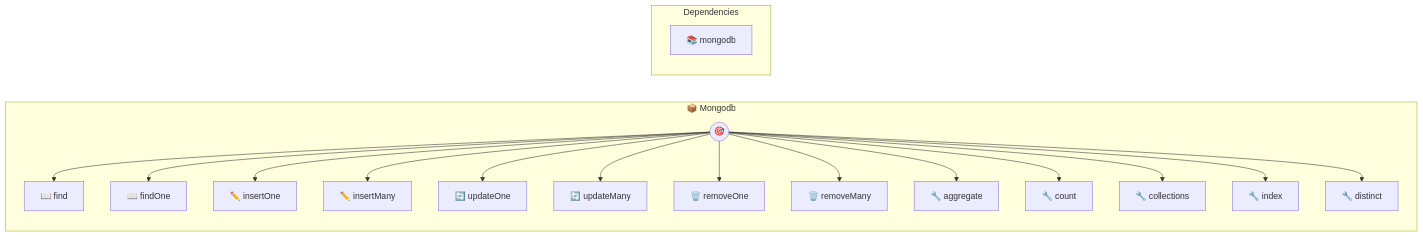
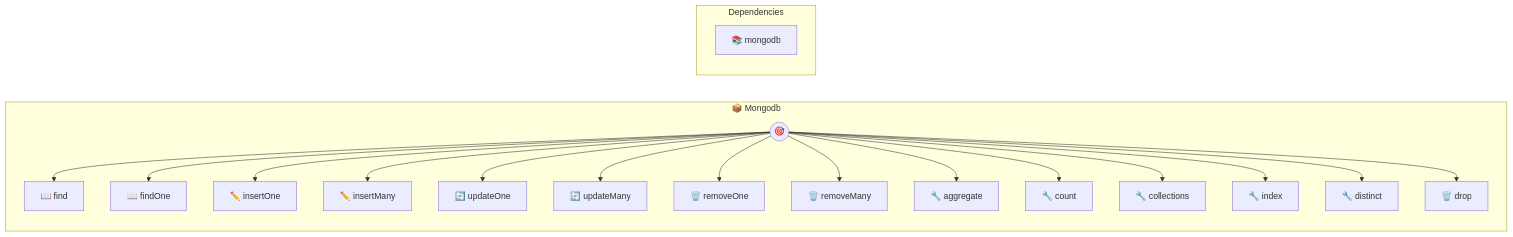
One commit to portel-dev/photons changed the diagram in mongodb.md. Above: the diagram before and after it, drawn with Mermaid. The commit also changed other lines of this file and 10 other files, not shown here.

````diff
--- a/mongodb.md
+++ b/mongodb.md
@@ -254,38 +265,40 @@
 ```mermaid
 flowchart LR
     subgraph mongodb["📦 Mongodb"]
         direction TB
         PHOTON((🎯))
         T0[📖 find]
         PHOTON --> T0
         T1[📖 findOne]
         PHOTON --> T1
         T2[✏️ insertOne]
         PHOTON --> T2
         T3[✏️ insertMany]
         PHOTON --> T3
         T4[🔄 updateOne]
         PHOTON --> T4
         T5[🔄 updateMany]
         PHOTON --> T5
         T6[🗑️ removeOne]
         PHOTON --> T6
         T7[🗑️ removeMany]
         PHOTON --> T7
         T8[🔧 aggregate]
         PHOTON --> T8
         T9[🔧 count]
         PHOTON --> T9
         T10[🔧 collections]
         PHOTON --> T10
         T11[🔧 index]
         PHOTON --> T11
         T12[🔧 distinct]
         PHOTON --> T12
+        T13[🗑️ drop]
+        PHOTON --> T13
     end
 
     subgraph deps["Dependencies"]
         direction TB
         NPM0[📚 mongodb]
     end
 ```
````
